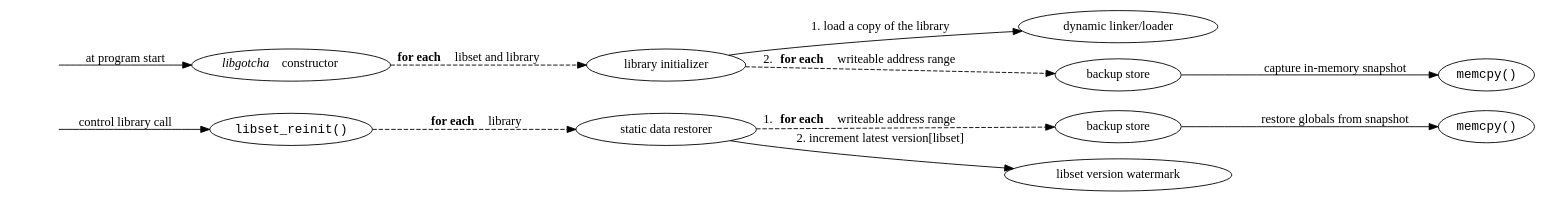
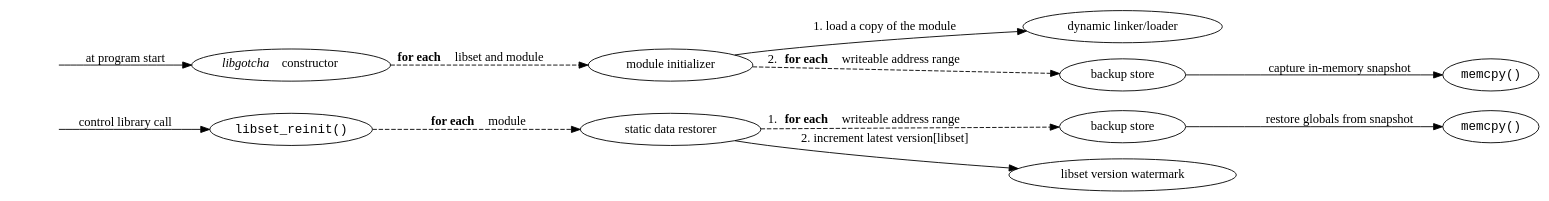
One commit to solb/thesis changed the diagram in figs/reinit.dot. Above: the diagram before and after it, drawn with Graphviz.

Commit message:
figs/reinit.dot: s/library/module/

```diff
--- a/figs/reinit.dot
+++ b/figs/reinit.dot
@@ -1,39 +1,39 @@
 strict digraph {
 	rankdir=LR;
 	ranksep=0;
 	node [label=""];
 
 	start [shape=none];
 	renew [shape=none];
 
 	{
 		rank=same;
 		edge [style=invisible, arrowhead=none];
 
 		start -> renew;
 	}
 
 	ctor [label=<<i>libgotcha</i> constructor>];
-	copy [label="library initializer"];
+	copy [label="module initializer"];
 	rtld [label="dynamic linker/loader"];
 	back [label="backup store"];
 	mcpy [label="memcpy()", fontname=monospace];
 
 	start -> ctor [label="at program start"];
-	ctor -> copy [style=dashed, label=<<b>for each</b> libset and library>];
-	copy -> rtld [label="1. load a copy of the library"];
+	ctor -> copy [style=dashed, label=<<b>for each</b> libset and module>];
+	copy -> rtld [label="1. load a copy of the module"];
 	copy -> back [style=dashed, label=<2. <b>for each</b> writeable address range>];
 	back -> mcpy [label="capture in-memory snapshot"];
 
 	reinit [label="libset_reinit()", fontname=monospace];
 	restore [label="static data restorer"];
 	back2 [label="backup store"];
 	water [label="libset version watermark"]
 	mcpy2 [label="memcpy()", fontname=monospace];
 
 	renew -> reinit [label="control library call"];
-	reinit -> restore [style=dashed, label=<<b>for each</b> library>];
+	reinit -> restore [style=dashed, label=<<b>for each</b> module>];
 	restore -> back2 [style=dashed, label=<1. <b>for each</b> writeable address range>];
 	restore -> water [label="2. increment latest version[libset]"];
 	back2 -> mcpy2 [label="restore globals from snapshot"];
 }
```
